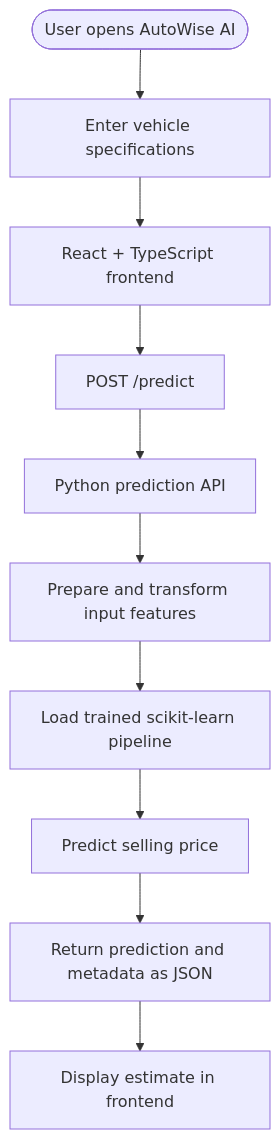
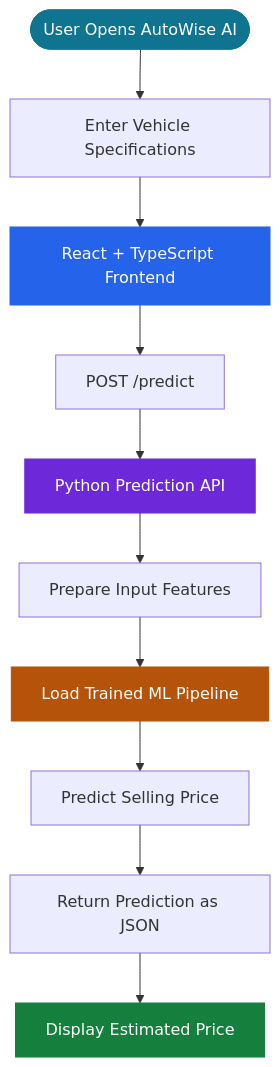
The diagram in README.md (Aryann1312/AutoWise-AI), drawn with Mermaid before and after one commit. The commit also changed other lines of this file, not shown here.

````diff
--- a/README.md
+++ b/README.md
@@ -43,12 +62,18 @@
 ```mermaid
 flowchart TD
-    A([User opens AutoWise AI]) --> B[Enter vehicle specifications]
-    B --> C[React + TypeScript frontend]
+    A([User Opens AutoWise AI]) --> B[Enter Vehicle Specifications]
+    B --> C[React + TypeScript Frontend]
     C --> D[POST /predict]
-    D --> E[Python prediction API]
-    E --> F[Prepare and transform input features]
-    F --> G[Load trained scikit-learn pipeline]
-    G --> H[Predict selling price]
-    H --> I[Return prediction and metadata as JSON]
-    I --> J[Display estimate in frontend]
+    D --> E[Python Prediction API]
+    E --> F[Prepare Input Features]
+    F --> G[Load Trained ML Pipeline]
+    G --> H[Predict Selling Price]
+    H --> I[Return Prediction as JSON]
+    I --> J[Display Estimated Price]
+
+    style A fill:#0E7490,color:#fff,stroke:#0E7490
+    style C fill:#2563EB,color:#fff,stroke:#2563EB
+    style E fill:#6D28D9,color:#fff,stroke:#6D28D9
+    style G fill:#B45309,color:#fff,stroke:#B45309
+    style J fill:#15803D,color:#fff,stroke:#15803D
 ```
````
